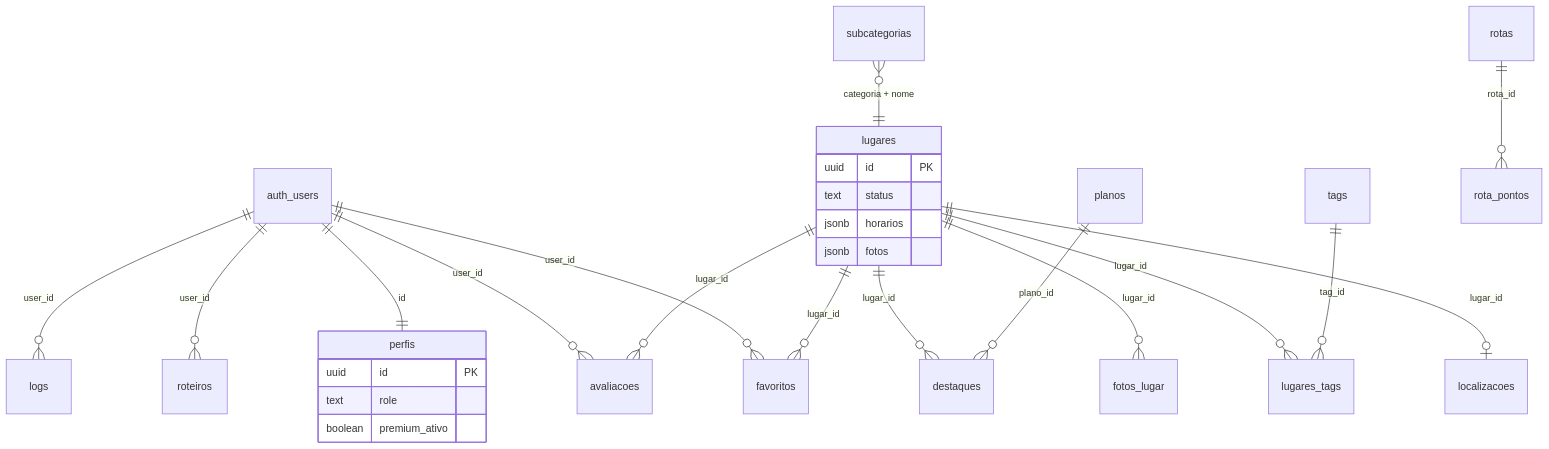
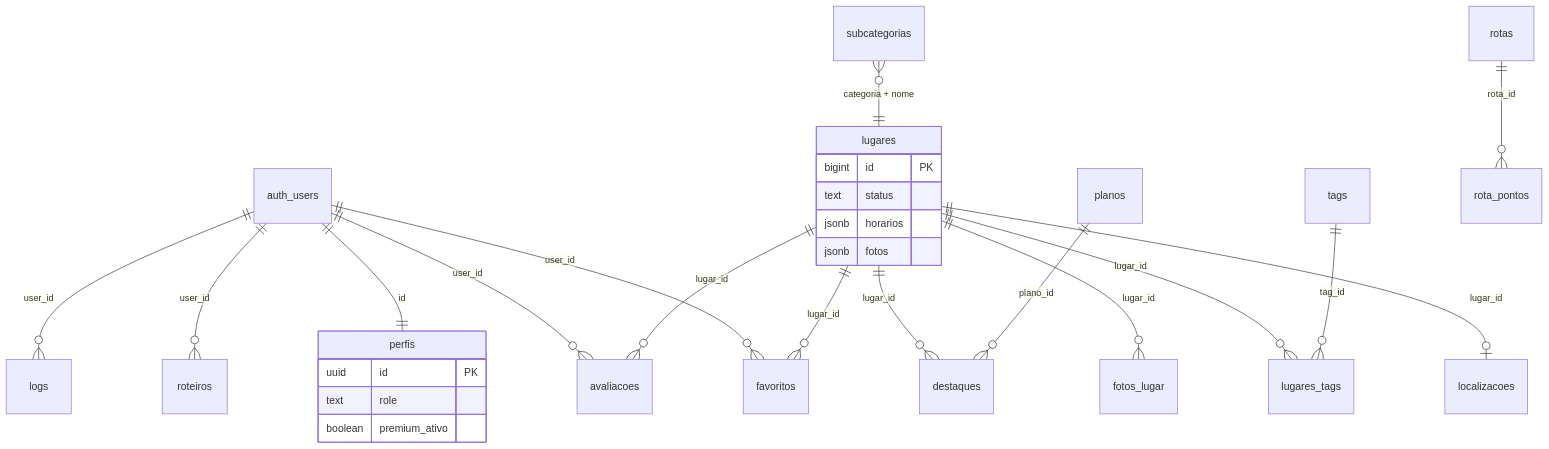
The diagram in docs/database.md (BrunoDislilerDev/guia-de-bolso), drawn with Mermaid before and after one commit. The commit also changed other lines of this file and 18 other files, not shown here.

````diff
--- a/docs/database.md
+++ b/docs/database.md
@@ -11,34 +17,34 @@
 ```mermaid
 erDiagram
   auth_users ||--|| perfis : "id"
   auth_users ||--o{ favoritos : "user_id"
   auth_users ||--o{ avaliacoes : "user_id"
   auth_users ||--o{ roteiros : "user_id"
   auth_users ||--o{ logs : "user_id"
 
   lugares ||--o| localizacoes : "lugar_id"
   lugares ||--o{ fotos_lugar : "lugar_id"
   lugares ||--o{ lugares_tags : "lugar_id"
   lugares ||--o{ avaliacoes : "lugar_id"
   lugares ||--o{ favoritos : "lugar_id"
   lugares ||--o{ destaques : "lugar_id"
 
   tags ||--o{ lugares_tags : "tag_id"
   subcategorias }o--|| lugares : "categoria + nome"
 
   planos ||--o{ destaques : "plano_id"
   rotas ||--o{ rota_pontos : "rota_id"
 
   perfis {
     uuid id PK
     text role
     boolean premium_ativo
   }
 
   lugares {
-    uuid id PK
+    bigint id PK
     text status
     jsonb horarios
     jsonb fotos
   }
 ```
````
